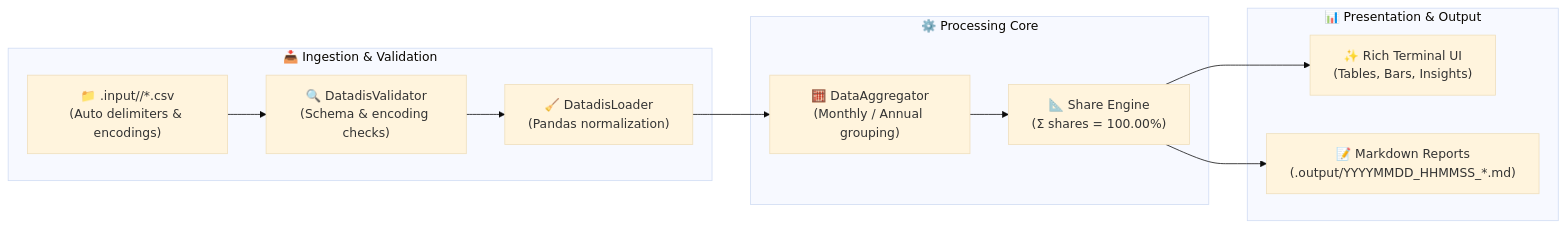
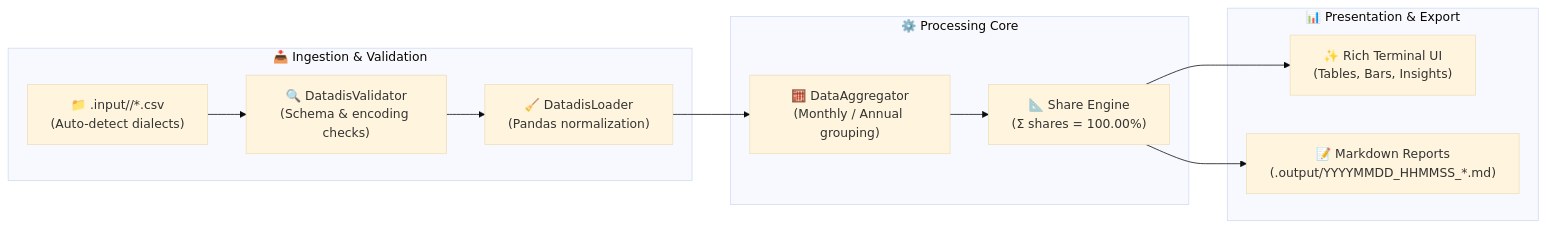
Before and after one commit to marcosDLCS/datadis-analyzer: the diagram in README.md, drawn with Mermaid (base theme). The commit also changed other lines of this file and 2 other files, not shown here.

````diff
--- a/README.md
+++ b/README.md
@@ -38,17 +26,17 @@
 ```mermaid
 flowchart LR
     subgraph Ingestion ["📥 Ingestion & Validation"]
-        CSV["📁 .input/<year>/*.csv\n(Auto delimiters & encodings)"] --> VAL["🔍 DatadisValidator\n(Schema & encoding checks)"]
+        CSV["📁 .input/<year>/*.csv\n(Auto-detect dialects)"] --> VAL["🔍 DatadisValidator\n(Schema & encoding checks)"]
         VAL --> NORM["🧹 DatadisLoader\n(Pandas normalization)"]
     end
 
     subgraph Processing ["⚙️ Processing Core"]
         NORM --> AGG["🧮 DataAggregator\n(Monthly / Annual grouping)"]
         AGG --> MATH["📐 Share Engine\n(Σ shares = 100.00%)"]
     end
 
-    subgraph Presentation ["📊 Presentation & Output"]
+    subgraph Presentation ["📊 Presentation & Export"]
         MATH --> RICH["✨ Rich Terminal UI\n(Tables, Bars, Insights)"]
         MATH --> EXP["📝 Markdown Reports\n(.output/YYYYMMDD_HHMMSS_*.md)"]
     end
 ```
````
